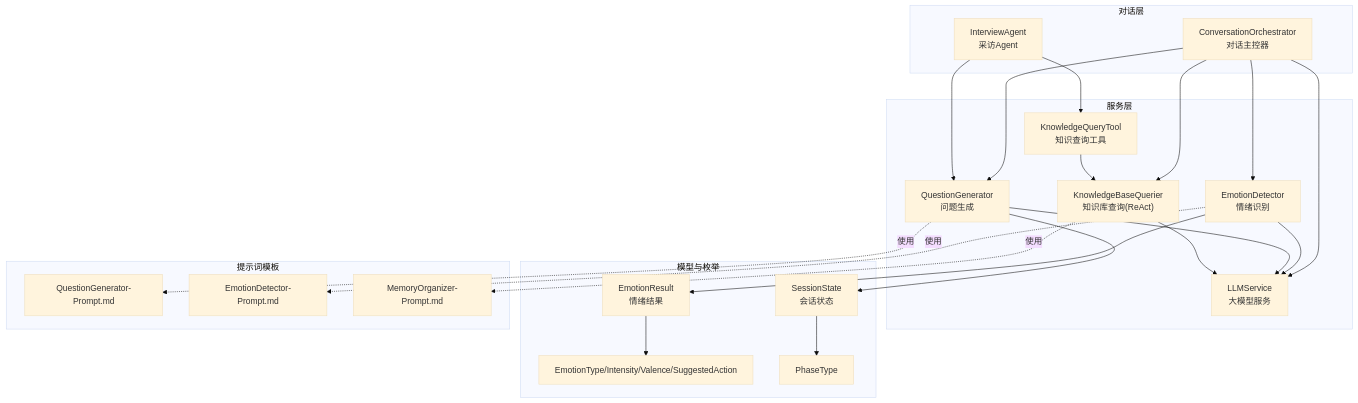
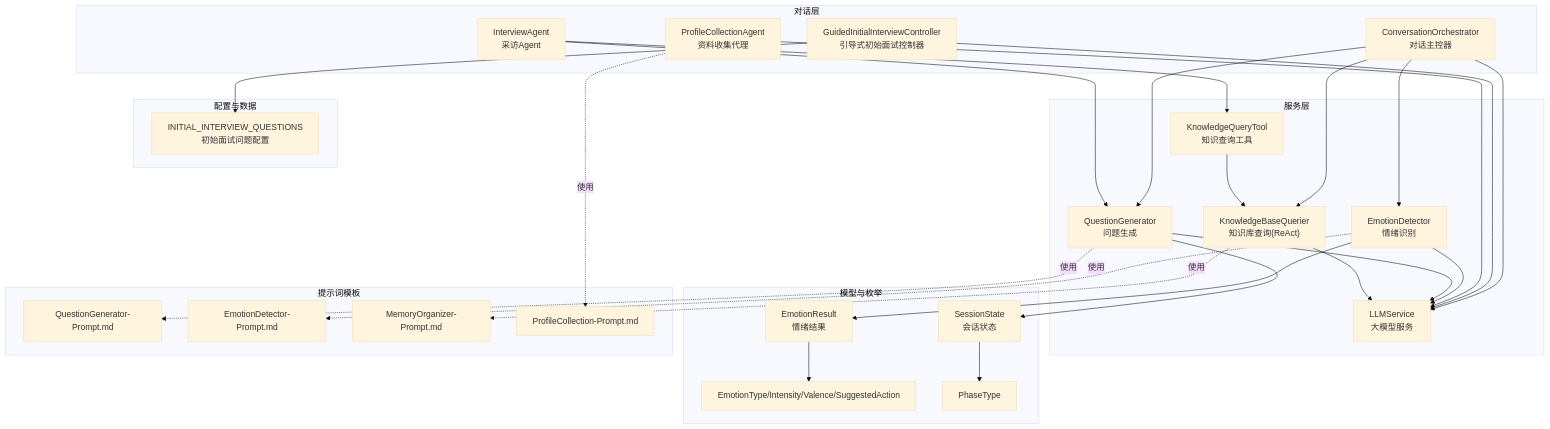
The first of 10 diagrams in .qoder/repowiki/zh/content/智能问答系统/智能问答系统.md (WangYiKai1017/zizuan), drawn with Mermaid (base theme) before and after one commit. The commit also changed other lines of this file and 99 other files, not shown here.

````diff
--- a/.qoder/repowiki/zh/content/智能问答系统/智能问答系统.md
+++ b/.qoder/repowiki/zh/content/智能问答系统/智能问答系统.md
@@ -46,42 +58,52 @@
 ```mermaid
 graph TB
 subgraph "对话层"
 CO["ConversationOrchestrator<br/>对话主控器"]
 IA["InterviewAgent<br/>采访Agent"]
+GIIC["GuidedInitialInterviewController<br/>引导式初始面试控制器"]
+PCA["ProfileCollectionAgent<br/>资料收集代理"]
 end
 subgraph "服务层"
 ED["EmotionDetector<br/>情绪识别"]
 QG["QuestionGenerator<br/>问题生成"]
 KBQ["KnowledgeBaseQuerier<br/>知识库查询(ReAct)"]
 LLM["LLMService<br/>大模型服务"]
 KQT["KnowledgeQueryTool<br/>知识查询工具"]
 end
 subgraph "模型与枚举"
 SS["SessionState<br/>会话状态"]
 ER["EmotionResult<br/>情绪结果"]
 ET["EmotionType/Intensity/Valence/SuggestedAction"]
 PT["PhaseType"]
 end
 subgraph "提示词模板"
 QGP["QuestionGenerator-Prompt.md"]
 EDP["EmotionDetector-Prompt.md"]
 MOP["MemoryOrganizer-Prompt.md"]
+PCP["ProfileCollection-Prompt.md"]
+end
+subgraph "配置与数据"
+IIQ["INITIAL_INTERVIEW_QUESTIONS<br/>初始面试问题配置"]
 end
 CO --> ED
 CO --> KBQ
 CO --> QG
 CO --> LLM
 IA --> QG
 IA --> KQT
+GIIC --> LLM
+GIIC --> IIQ
+PCA --> LLM
 ED --> LLM
 QG --> LLM
 KBQ --> LLM
 KQT --> KBQ
 ED --> ER
 QG --> SS
 SS --> PT
 ER --> ET
 QG -.使用.-> QGP
 ED -.使用.-> EDP
 KBQ -.使用.-> MOP
+PCA -.使用.-> PCP
 ```
````
